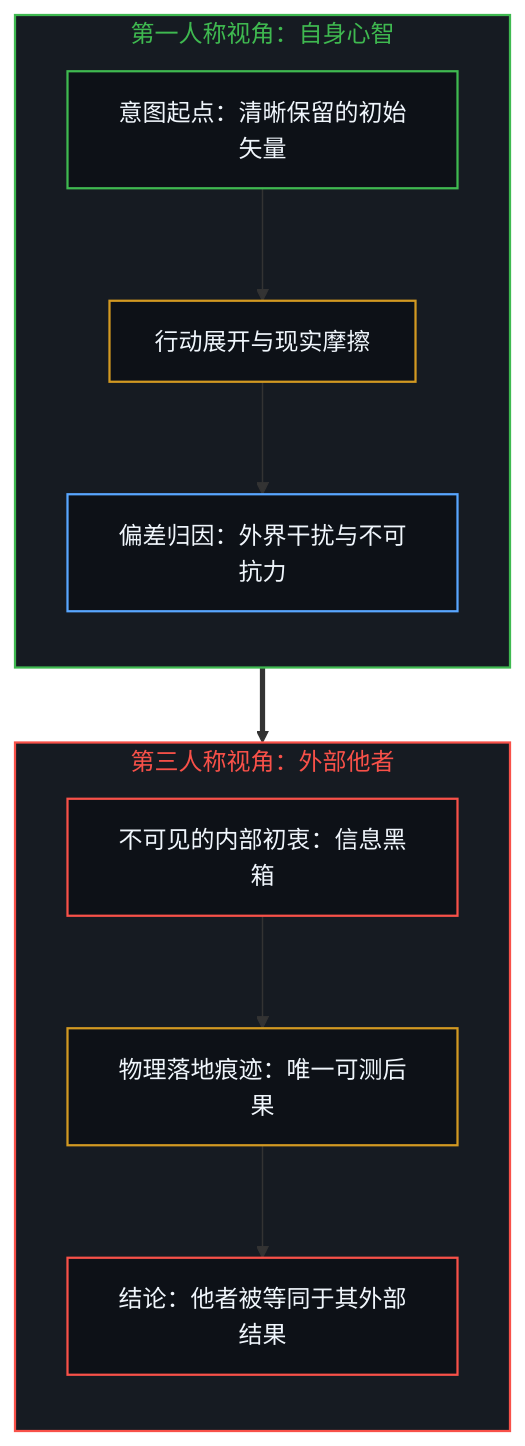
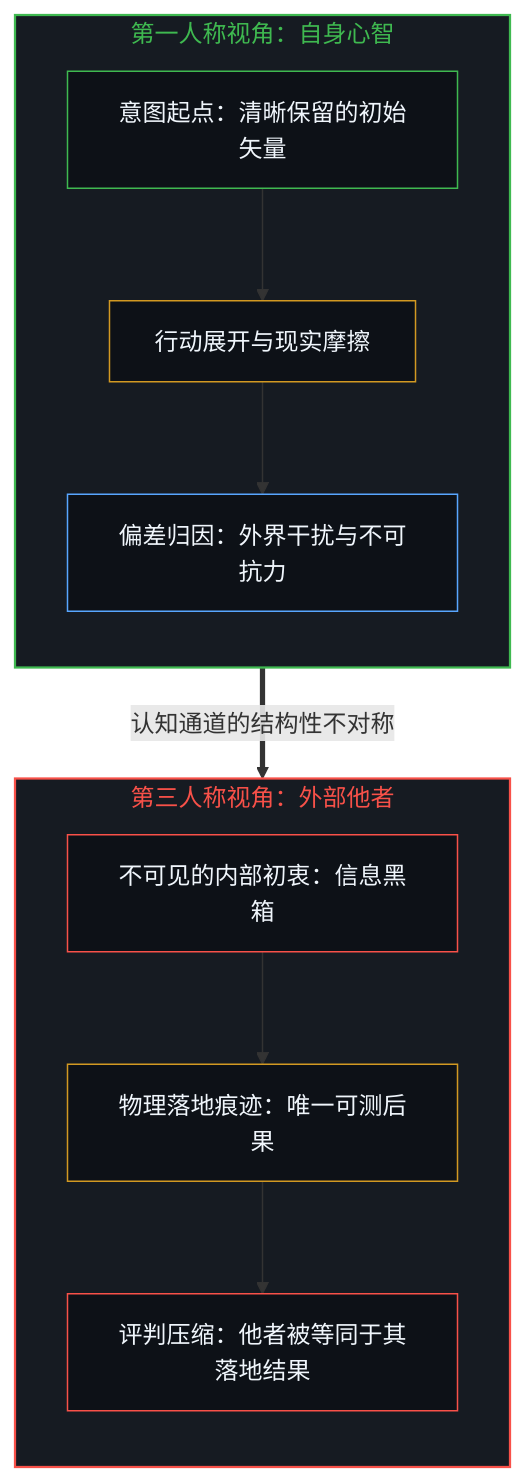
The third of 8 diagrams in content/posts/the-unexamined-critic.md (powerpig99/not-a-toe), drawn with Mermaid before and after one commit. The commit also changed other lines of this file and 7 other files, not shown here.

````diff
--- a/content/posts/the-unexamined-critic.md
+++ b/content/posts/the-unexamined-critic.md
@@ -77,29 +69,26 @@
 ```mermaid
 flowchart TD
-    classDef default fill:#0d1117,stroke:#30363d,stroke-width:1px,color:#f0f6fc;
-    classDef mind fill:#0d1117,stroke:#3fb950,stroke-width:1.5px,color:#f0f6fc;
-    classDef warn fill:#0d1117,stroke:#d29922,stroke-width:1.5px,color:#f0f6fc;
-    classDef fail fill:#0d1117,stroke:#f85149,stroke-width:1.5px,color:#f0f6fc;
-    classDef model fill:#0d1117,stroke:#58a6ff,stroke-width:1.5px,color:#f0f6fc;
-
     subgraph S_Self ["第一人称视角：自身心智"]
         direction TB
-        SelfIntent["意图起点：清晰保留的初始矢量"]:::mind
-        SelfAction["行动展开与现实摩擦"]:::warn
-        SelfExcuse["偏差归因：外界干扰与不可抗力"]:::model
+        SelfIntent["意图起点：清晰保留的初始矢量"]
+        SelfAction["行动展开与现实摩擦"]
+        SelfExcuse["偏差归因：外界干扰与不可抗力"]
         SelfIntent --> SelfAction --> SelfExcuse
     end
-
     subgraph S_Other ["第三人称视角：外部他者"]
         direction TB
-        OtherHidden["不可见的内部初衷：信息黑箱"]:::fail
-        OtherTrace["物理落地痕迹：唯一可测后果"]:::warn
-        OtherVerdict["结论：他者被等同于其外部结果"]:::fail
+        OtherHidden["不可见的内部初衷：信息黑箱"]
+        OtherTrace["物理落地痕迹：唯一可测后果"]
+        OtherVerdict["评判压缩：他者被等同于其落地结果"]
         OtherHidden --> OtherTrace --> OtherVerdict
     end
-
-    S_Self ==> S_Other
-
+    S_Self ==>|"认知通道的结构性不对称"| S_Other
     style S_Self fill:#161b22,stroke:#3fb950,stroke-width:1.5px,color:#3fb950
     style S_Other fill:#161b22,stroke:#f85149,stroke-width:1.5px,color:#f85149
+    style SelfIntent fill:#0d1117,stroke:#3fb950,stroke-width:1px,color:#f0f6fc
+    style SelfAction fill:#0d1117,stroke:#d29922,stroke-width:1px,color:#f0f6fc
+    style SelfExcuse fill:#0d1117,stroke:#58a6ff,stroke-width:1px,color:#f0f6fc
+    style OtherHidden fill:#0d1117,stroke:#f85149,stroke-width:1px,color:#f0f6fc
+    style OtherTrace fill:#0d1117,stroke:#d29922,stroke-width:1px,color:#f0f6fc
+    style OtherVerdict fill:#0d1117,stroke:#f85149,stroke-width:1px,color:#f0f6fc
 ```
````
